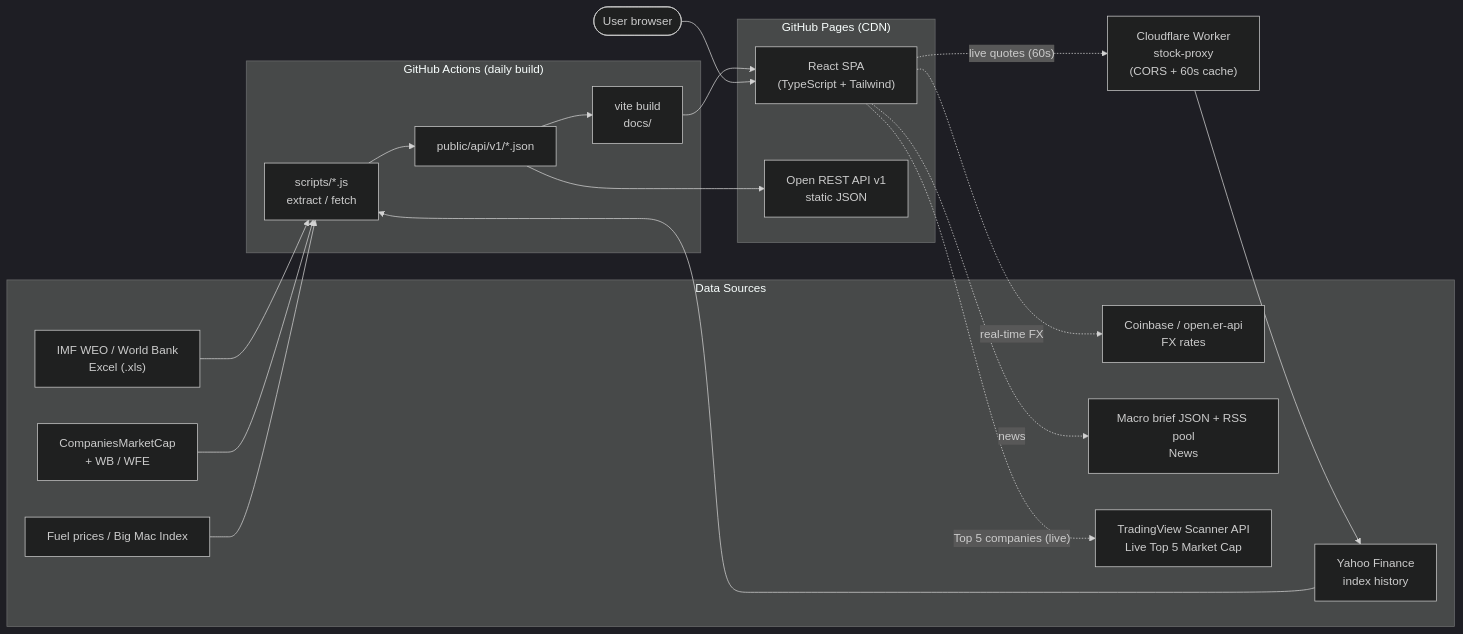
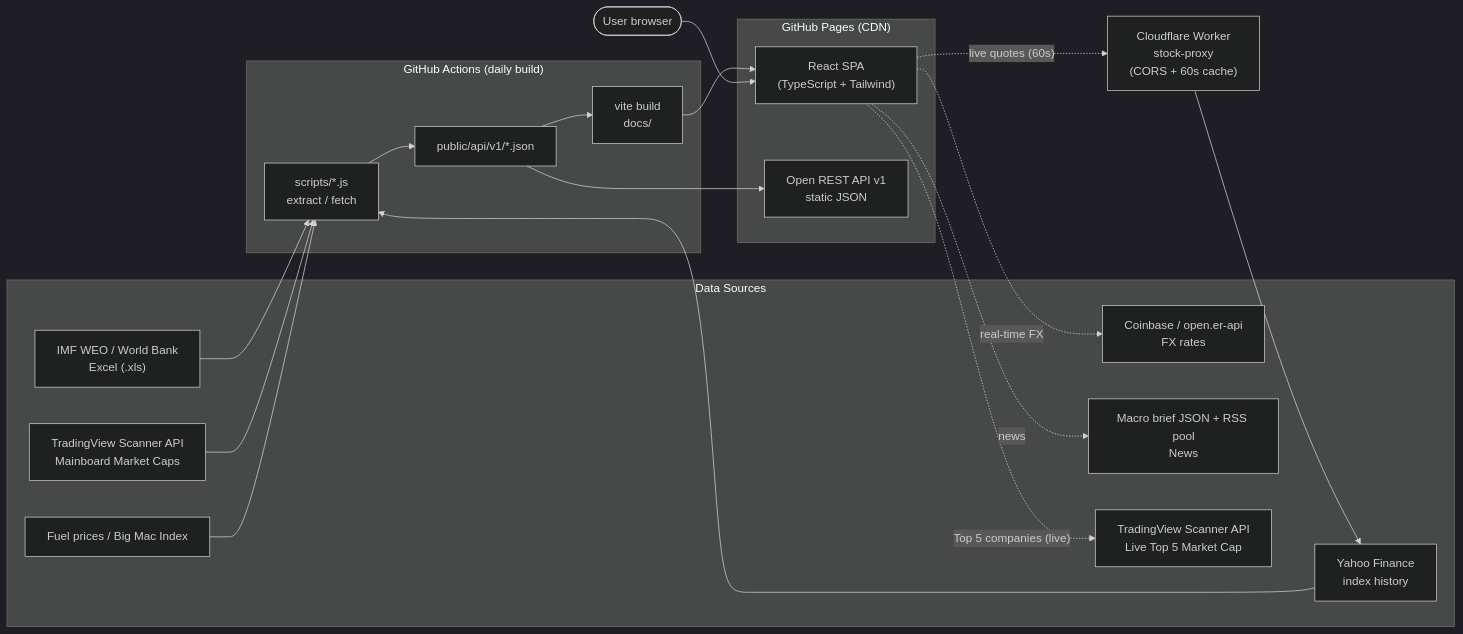
The diagram in README.md (silverogic/geonomics), drawn with Mermaid (dark theme) before and after one commit. The commit also changed other lines of this file and 6 other files, not shown here.

Commit message:
docs(market-cap): update READMEs, UI labels, and comments from WFE to TradingView

````diff
--- a/README.md
+++ b/README.md
@@ -115,40 +115,40 @@
 ```mermaid
 flowchart LR
   subgraph SRC["Data Sources"]
     S1["IMF WEO / World Bank<br/>Excel (.xls)"]
     S2["Yahoo Finance<br/>index history"]
-    S3["CompaniesMarketCap<br/>+ WB / WFE"]
+    S3["TradingView Scanner API<br/>Mainboard Market Caps"]
     S4["Fuel prices / Big Mac Index"]
     S5["Coinbase / open.er-api<br/>FX rates"]
     S6["Macro brief JSON + RSS pool<br/>News"]
     S7["TradingView Scanner API<br/>Live Top 5 Market Cap"]
   end
 
   subgraph CI["GitHub Actions (daily build)"]
     P1["scripts/*.js<br/>extract / fetch"]
     P2["public/api/v1/*.json"]
     P3["vite build<br/>docs/"]
   end
 
   subgraph HOST["GitHub Pages (CDN)"]
     WEB["React SPA<br/>(TypeScript + Tailwind)"]
     API["Open REST API v1<br/>static JSON"]
   end
 
   W["Cloudflare Worker<br/>stock-proxy<br/>(CORS + 60s cache)"]
   U(["User browser"])
 
   S1 --> P1
   S2 --> P1
   S3 --> P1
   S4 --> P1
   P1 --> P2 --> P3 --> WEB
   P2 --> API
 
   U --> WEB
   WEB -. "live quotes (60s)" .-> W
   W --> S2
   WEB -. "real-time FX" .-> S5
   WEB -. "news" .-> S6
   WEB -. "Top 5 companies (live)" .-> S7
 ```
````
